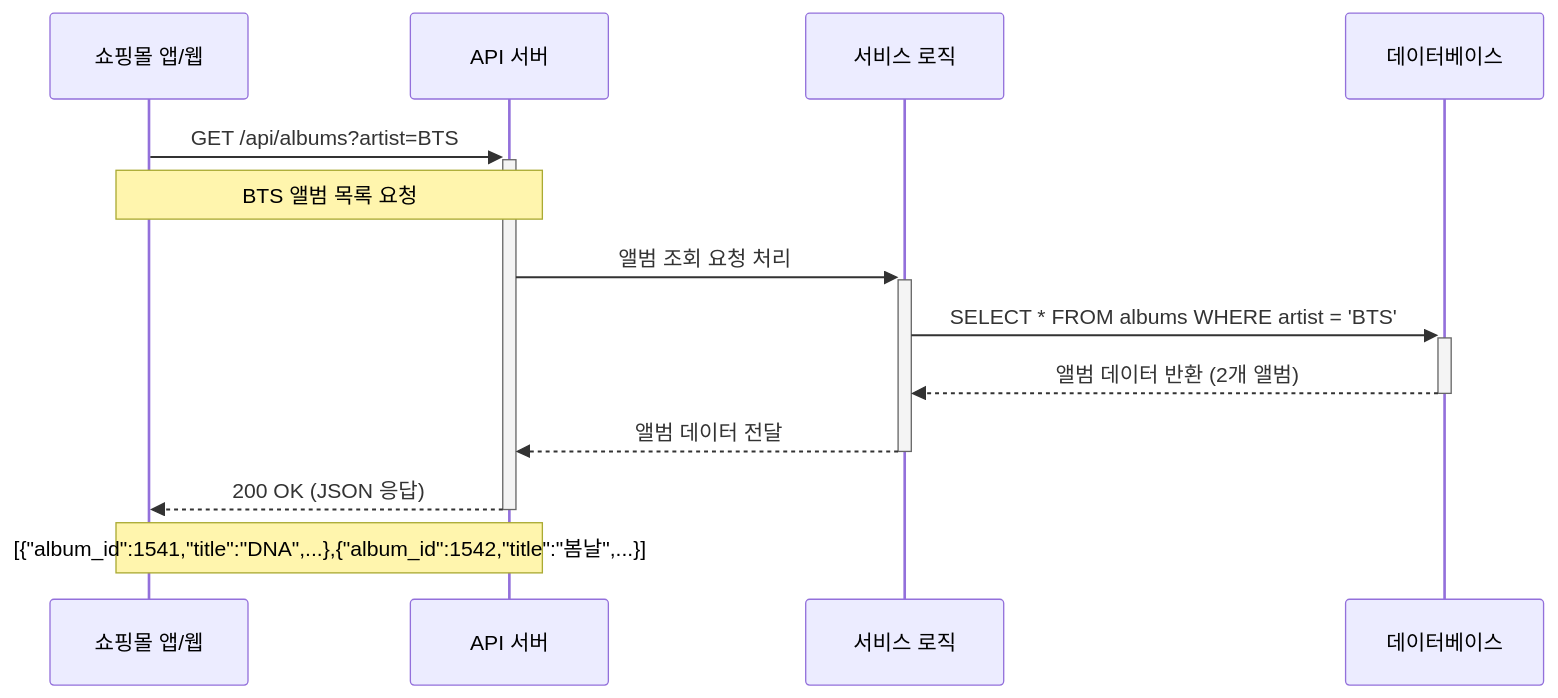
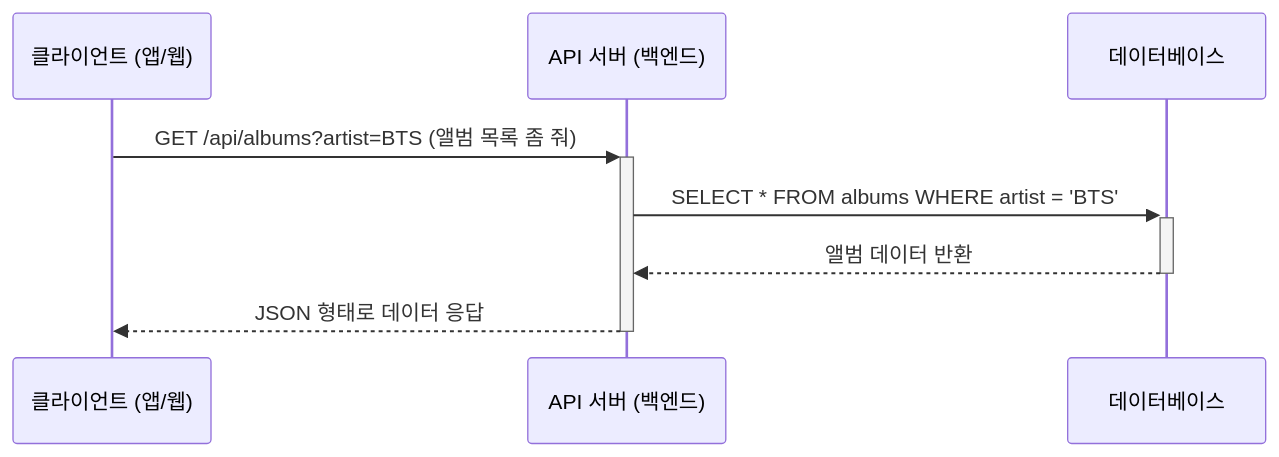
One commit to hanaoverride/data-scientist-cookbook-for-korean changed the fifth of 5 diagrams in Chapter I. 기반지식 학습/1. 기초 CS 이론/1. IT 리터러시/3. 데이터베이스와 REST API.md. Above: the diagram before and after it, drawn with Mermaid. The commit also changed other lines of this file and 132 other files, not shown here.

````diff
--- a/Chapter I. 기반지식 학습/1. 기초 CS 이론/1. IT 리터러시/3. 데이터베이스와 REST API.md
+++ b/Chapter I. 기반지식 학습/1. 기초 CS 이론/1. IT 리터러시/3. 데이터베이스와 REST API.md
@@ -347,18 +152,11 @@
 ```mermaid
 sequenceDiagram
-    participant C as 쇼핑몰 앱/웹
-    participant API as API 서버
-    participant S as 서비스 로직
+    participant Client as 클라이언트 (앱/웹)
+    participant API_Server as API 서버 (백엔드)
     participant DB as 데이터베이스
     
-    C->>+API: GET /api/albums?artist=BTS
-    Note over C,API: BTS 앨범 목록 요청
-    
-    API->>+S: 앨범 조회 요청 처리
-    S->>+DB: SELECT * FROM albums WHERE artist = 'BTS'
-    DB-->>-S: 앨범 데이터 반환 (2개 앨범)
-    S-->>-API: 앨범 데이터 전달
-    
-    API-->>-C: 200 OK (JSON 응답)
-    Note over API,C: [{"album_id":1541,"title":"DNA",...},{"album_id":1542,"title":"봄날",...}]
+    Client->>+API_Server: GET /api/albums?artist=BTS (앨범 목록 좀 줘)
+    API_Server->>+DB: SELECT * FROM albums WHERE artist = 'BTS';
+    DB-->>-API_Server: 앨범 데이터 반환
+    API_Server-->>-Client: JSON 형태로 데이터 응답
 ```
````
